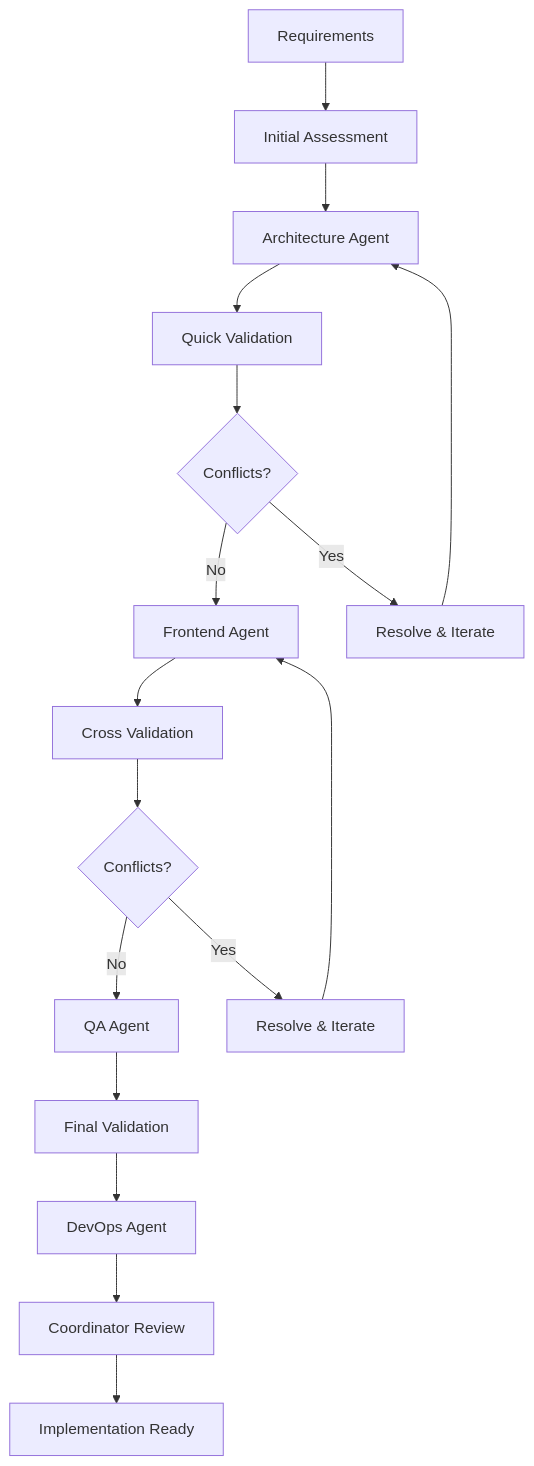
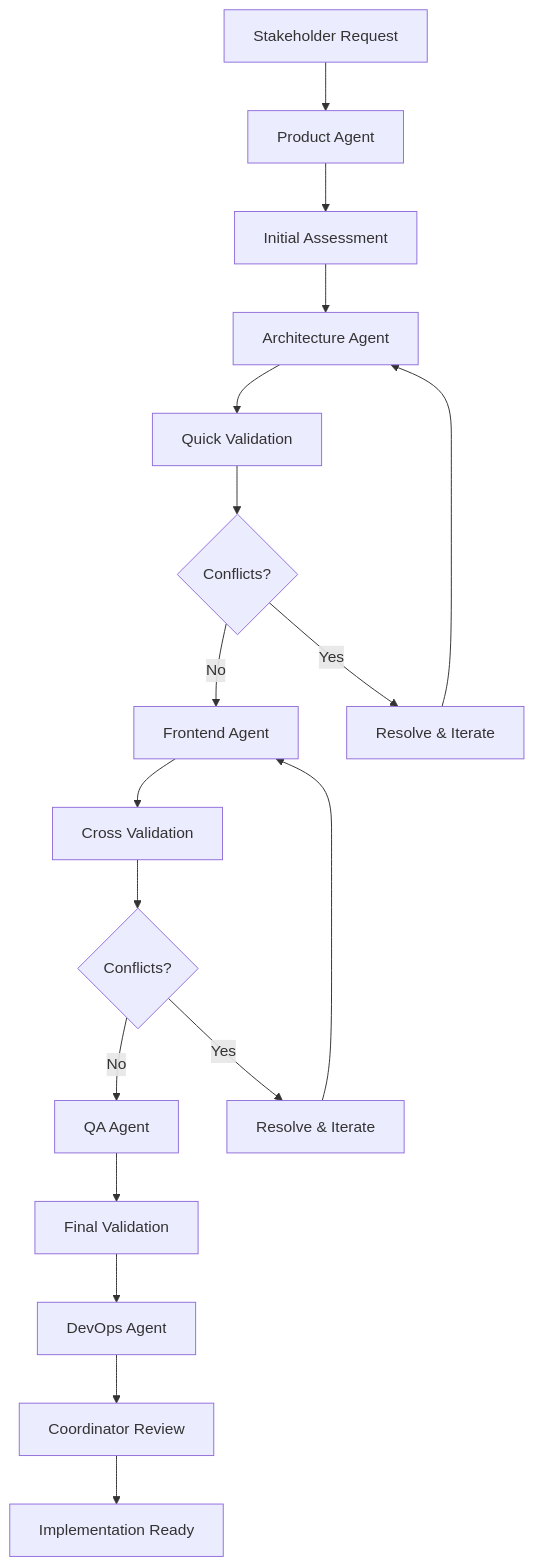
One commit to kevinarauz/proyecto-react changed the third of 3 diagrams in .claude/agents/workflows.md. Above: the diagram before and after it, drawn with Mermaid. The commit also changed other lines of this file and 3 other files, not shown here.

````diff
--- a/.claude/agents/workflows.md
+++ b/.claude/agents/workflows.md
@@ -67,24 +70,25 @@
 ```mermaid
 graph TD
-    START[Requirements] --> ASSESS[Initial Assessment]
+    START[Stakeholder Request] --> PRODUCT[Product Agent]
+    PRODUCT --> ASSESS[Initial Assessment]
     
     ASSESS --> ARQ[Architecture Agent]
     ARQ --> VAL1[Quick Validation]
     VAL1 --> CONFLICT1{Conflicts?}
     
     CONFLICT1 -->|No| FRONT[Frontend Agent]
     CONFLICT1 -->|Yes| RESOLVE1[Resolve & Iterate]
     RESOLVE1 --> ARQ
     
     FRONT --> VAL2[Cross Validation]
     VAL2 --> CONFLICT2{Conflicts?}
     
     CONFLICT2 -->|No| QA[QA Agent]
     CONFLICT2 -->|Yes| RESOLVE2[Resolve & Iterate]
     RESOLVE2 --> FRONT
     
     QA --> VAL3[Final Validation]
     VAL3 --> DEVOPS[DevOps Agent]
     DEVOPS --> COORD[Coordinator Review]
     COORD --> IMPL[Implementation Ready]
 ```
````
